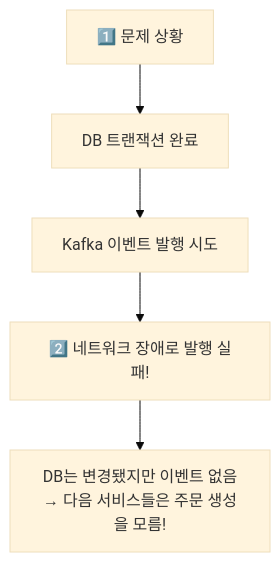
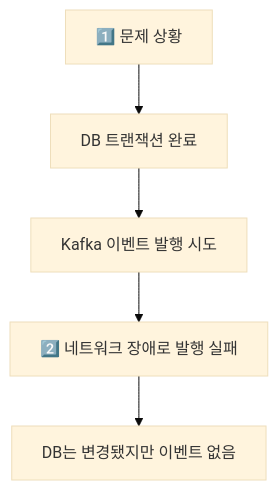
The eighth of 14 diagrams in _posts/architecture/2026-05-02-distributed-transaction-deep.md (yjkim2015/yjkim2015.github.io), drawn with Mermaid (base theme) before and after one commit. The commit also changed other lines of this file and 271 other files, not shown here.

First line of the commit message:
Mermaid 라벨 축소: 긴 노드 텍스트 18자 이하로 트림 + \n 제거

````diff
--- a/_posts/architecture/2026-05-02-distributed-transaction-deep.md
+++ b/_posts/architecture/2026-05-02-distributed-transaction-deep.md
@@ -279,8 +279,8 @@
 ```mermaid
 graph TD
     Problem["1️⃣ 문제 상황"]
     Problem --> Step1["DB 트랜잭션 완료"]
     Step1 --> Step2["Kafka 이벤트 발행 시도"]
-    Step2 --> Fail["2️⃣ 네트워크 장애로 발행 실패!"]
-    Fail --> Result["DB는 변경됐지만 이벤트 없음\n→ 다음 서비스들은 주문 생성을 모름!"]
+    Step2 --> Fail["2️⃣ 네트워크 장애로 발행 실패"]
+    Fail --> Result["DB는 변경됐지만 이벤트 없음\n"]
 ```
````
